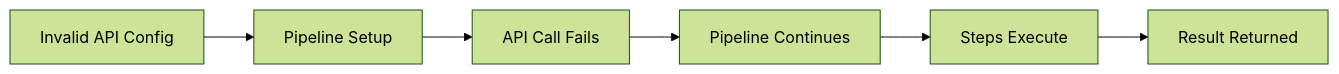
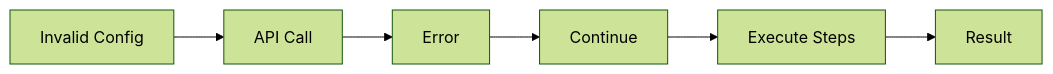
The first of 5 diagrams in examples/api_pipeline/04_api_errors/README.md (wisrovi/wpipe), drawn with Mermaid (forest theme) before and after one commit. The commit also changed other lines of this file and 20 other files, not shown here.

First line of the commit message:
Simplify Mermaid diagrams for better rendering

````diff
--- a/examples/api_pipeline/04_api_errors/README.md
+++ b/examples/api_pipeline/04_api_errors/README.md
@@ -15,8 +15,8 @@
 ```mermaid
 graph LR
-    A[Invalid API Config] --> B[Pipeline Setup]
-    B --> C[API Call Fails]
-    C --> D[Pipeline Continues]
-    D --> E[Steps Execute]
-    E --> F[Result Returned]
+    A[Invalid Config] --> B[API Call]
+    B --> C[Error]
+    C --> D[Continue]
+    D --> E[Execute Steps]
+    E --> F[Result]
 ```
````
